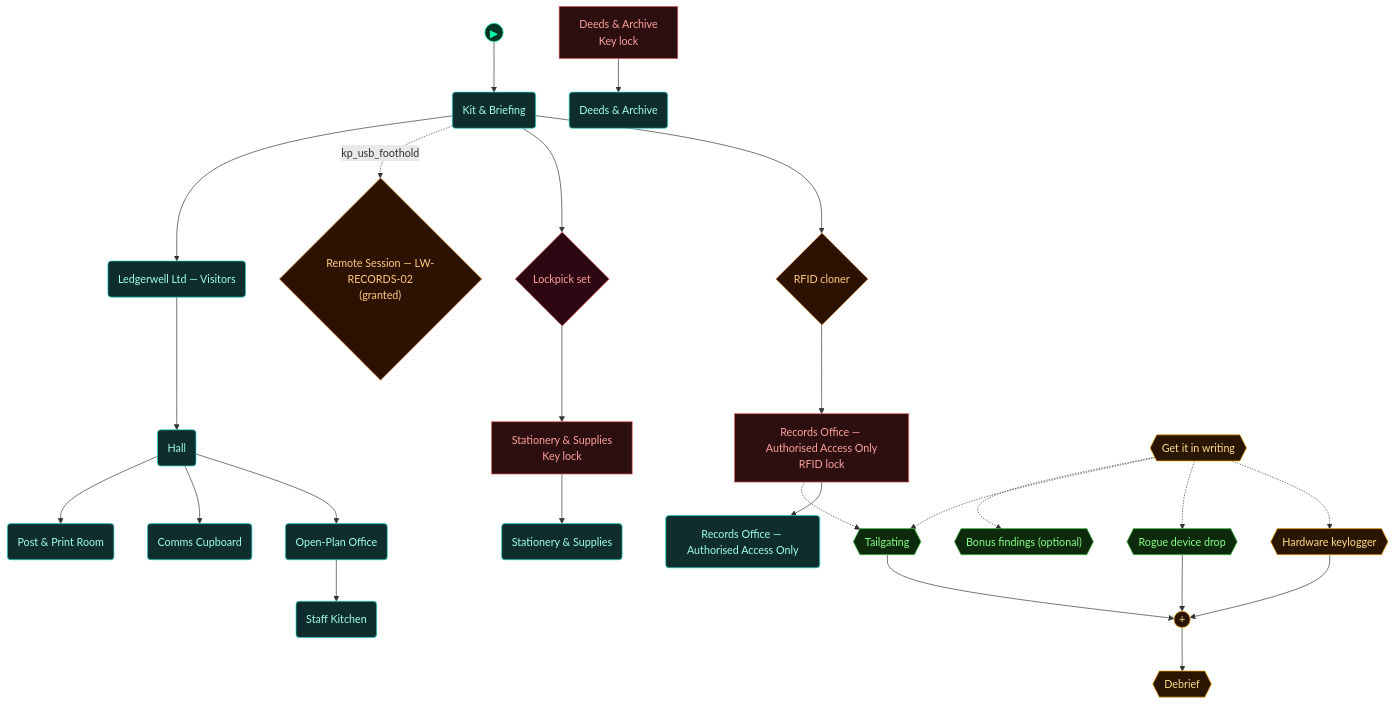
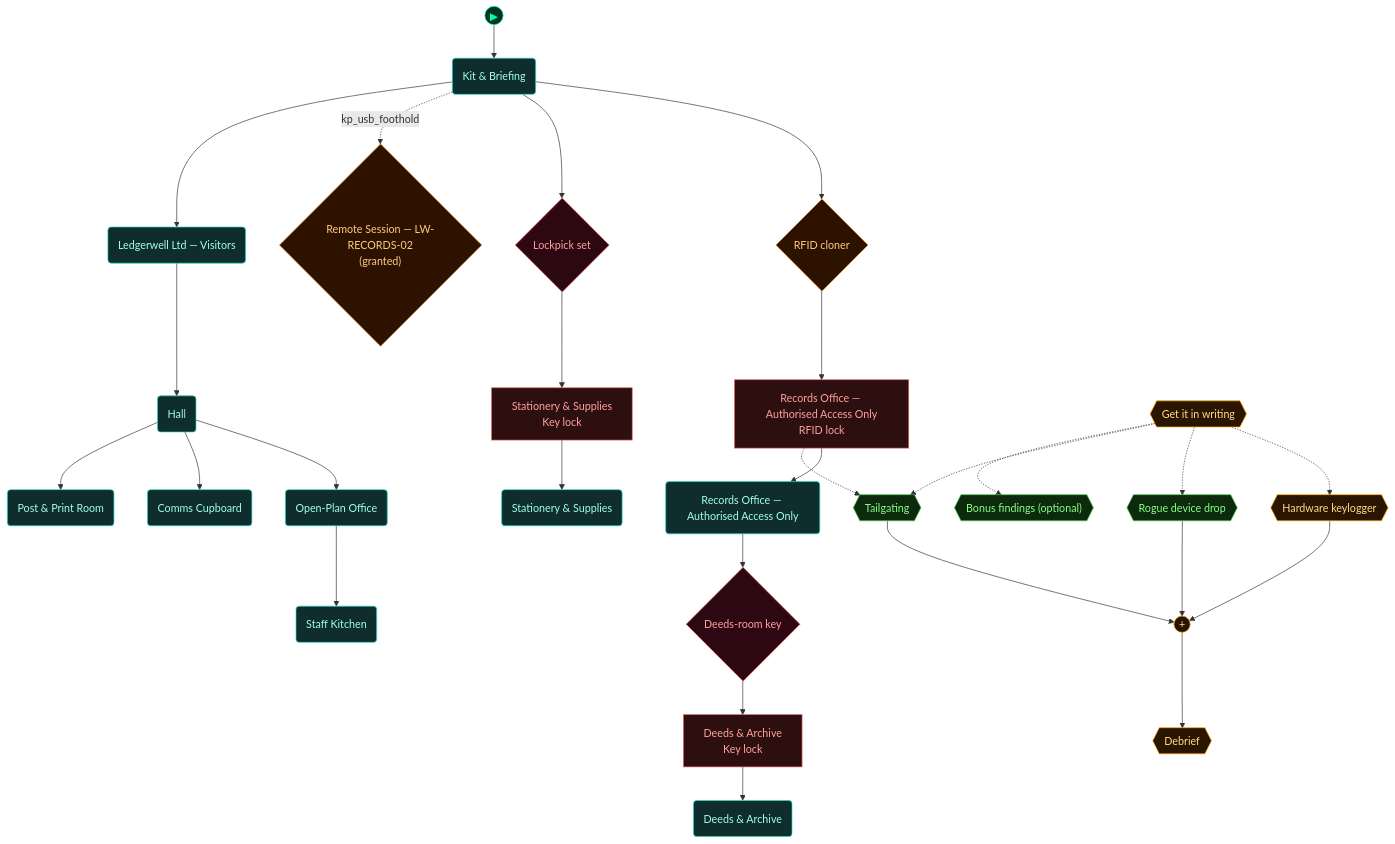
Before and after one commit to cliffe/BreakEscape: the third of 5 diagrams in scenarios/lab_physical_pentest/dungeon_graph.md, drawn with Mermaid. The commit also changed other lines of this file and 5 other files, not shown here.

````diff
--- a/scenarios/lab_physical_pentest/dungeon_graph.md
+++ b/scenarios/lab_physical_pentest/dungeon_graph.md
@@ -158,77 +161,80 @@
 ```mermaid
 flowchart TD
 
   classDef room      fill:#0f2d2d,stroke:#22ddcc,color:#a0ffee
   classDef lock      fill:#2d0f0f,stroke:#e66060,color:#ffa0a0
   classDef key       fill:#2d0812,stroke:#e66060,color:#ffa0a0
   classDef item      fill:#2d1200,stroke:#e89030,color:#ffcc80
   classDef gate      fill:#111,stroke:#666,color:#eee
   classDef vm        fill:#0c1f40,stroke:#4a90d9,color:#a0c8ff
   classDef flag      fill:#1a0c2d,stroke:#9060d0,color:#cc99ff
   classDef action    fill:#1a1200,stroke:#cc9922,color:#ffee88
   classDef aim       fill:#0d2a0d,stroke:#44cc44,color:#88ff88
   classDef aim_gate  fill:#111111,stroke:#44cc44,color:#44cc44
   classDef container fill:#1a2d1a,stroke:#60b060,color:#a0e0a0
   classDef npc       fill:#2d1f0d,stroke:#d0a050,color:#ffe0a0
   classDef critical  fill:#2a1500,stroke:#ffaa00,color:#ffdd88
   classDef start     fill:#003322,stroke:#00ffaa,color:#00ffaa
 
   node_start(("▶"))
   node_start --> briefing_room
 
   door_secure_area["Records Office — Authorised Access Only<br/>RFID lock"]
   secure_area("Records Office — Authorised Access Only")
   door_store_room["Stationery & Supplies<br/>Key lock"]
   store_room("Stationery & Supplies")
   door_P4["Deeds & Archive<br/>Key lock"]
   P4("Deeds & Archive")
   briefing_room("Kit & Briefing")
   rfid_cloner{"RFID cloner"}
   lockpick_set{"Lockpick set"}
+  deeds_room_key{"Deeds-room key"}
   grant_records_remote_session{"Remote Session — LW-RECORDS-02<br/>(granted)"}
   reception("Ledgerwell Ltd — Visitors")
   hall("Hall")
   open_plan("Open-Plan Office")
   P3("Comms Cupboard")
   P1("Post & Print Room")
   P2("Staff Kitchen")
   aim_authorise{{"Get it in writing"}}
   aim_keylogger{{"Hardware keylogger"}}
   aim_usb{{"Rogue device drop"}}
   aim_tailgate{{"Tailgating"}}
   aim_bonus_beats{{"Bonus findings (optional)"}}
   aim_debrief{{"Debrief"}}
   aim_andgate_debrief((" + "))
 
   door_secure_area --> secure_area
   door_store_room --> store_room
   door_P4 --> P4
   briefing_room --> rfid_cloner
   rfid_cloner --> door_secure_area
   briefing_room --> lockpick_set
   lockpick_set --> door_store_room
+  secure_area --> deeds_room_key
+  deeds_room_key --> door_P4
   briefing_room -.->|kp_usb_foothold| grant_records_remote_session
   briefing_room --> reception
   reception --> hall
   hall --> open_plan
   hall --> P3
   hall --> P1
   open_plan --> P2
   aim_authorise -.-> aim_keylogger
   aim_authorise -.-> aim_usb
   aim_authorise -.-> aim_tailgate
   aim_authorise -.-> aim_bonus_beats
   aim_keylogger --> aim_andgate_debrief
   aim_usb --> aim_andgate_debrief
   aim_tailgate --> aim_andgate_debrief
   aim_andgate_debrief --> aim_debrief
   door_secure_area -.-> aim_tailgate
 
   class door_secure_area,door_store_room,door_P4 lock
   class secure_area,store_room,P4,briefing_room,reception,hall,open_plan,P3,P1,P2 room
   class rfid_cloner,grant_records_remote_session item
-  class lockpick_set key
+  class lockpick_set,deeds_room_key key
   class aim_authorise,aim_keylogger,aim_debrief,aim_andgate_debrief critical
   class aim_usb,aim_tailgate,aim_bonus_beats aim
   class node_start start
 ```
````
